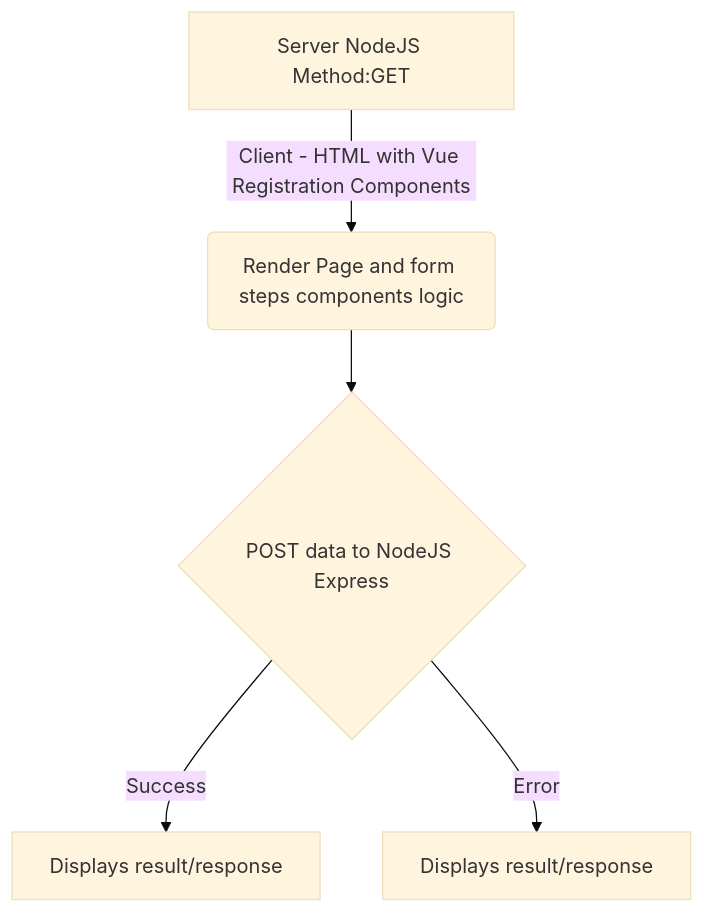
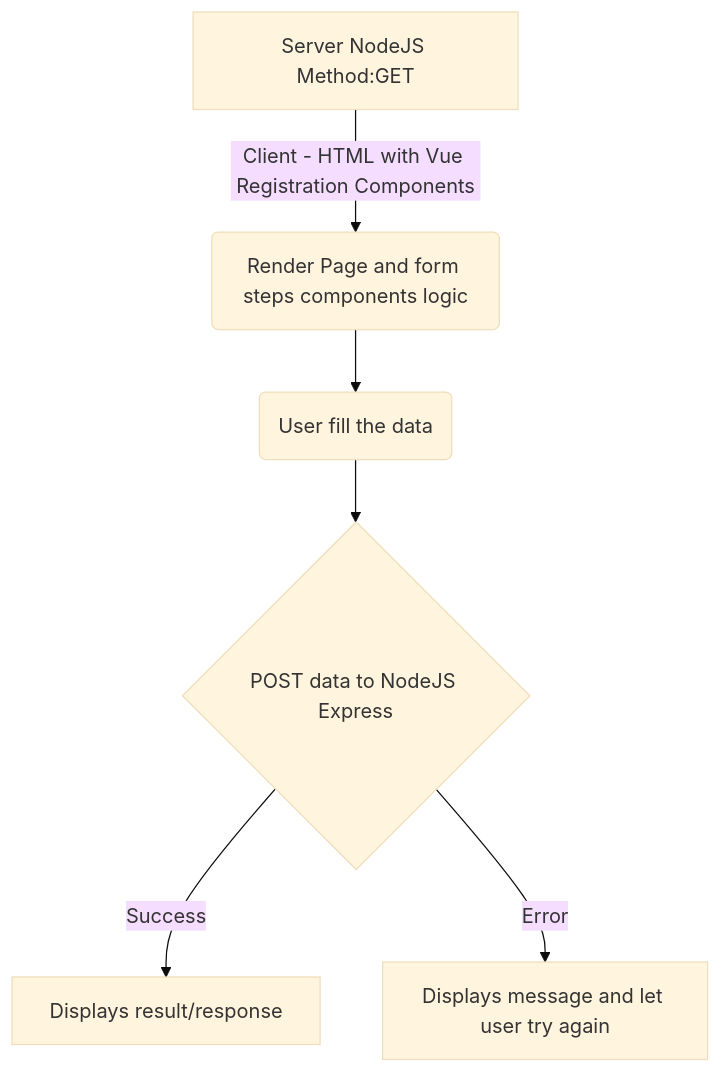
Before and after one commit to mercadobitcoin/desafio-mb-web: the diagram in README.md, drawn with Mermaid (base theme).

````diff
--- a/README.md
+++ b/README.md
@@ -13,7 +13,8 @@
 ```mermaid
 flowchart TD
     A[Server NodeJS Method:GET] -->|Client - HTML with Vue Registration Components| B(Render Page and form steps components logic)
-    B --> C{POST data to NodeJS Express}
-    C -->|Success| D[Displays result/response]
-    C -->|Error| E[Displays result/response]
+    B --> C(User fill the data)
+    C --> D{POST data to NodeJS Express}
+    D -->|Success| F[Displays result/response]
+    D -->|Error| G[Displays message and let user try again]
 ```
````
